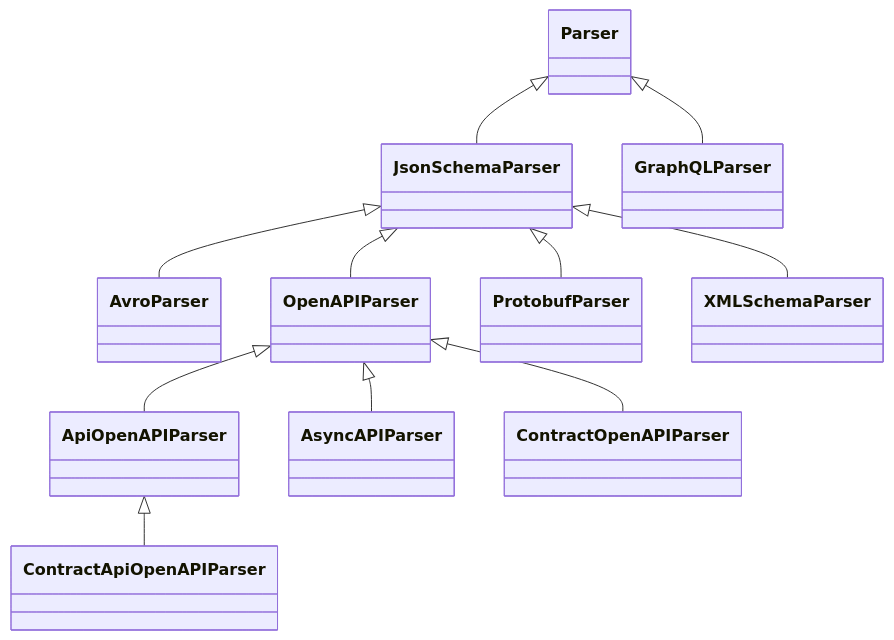
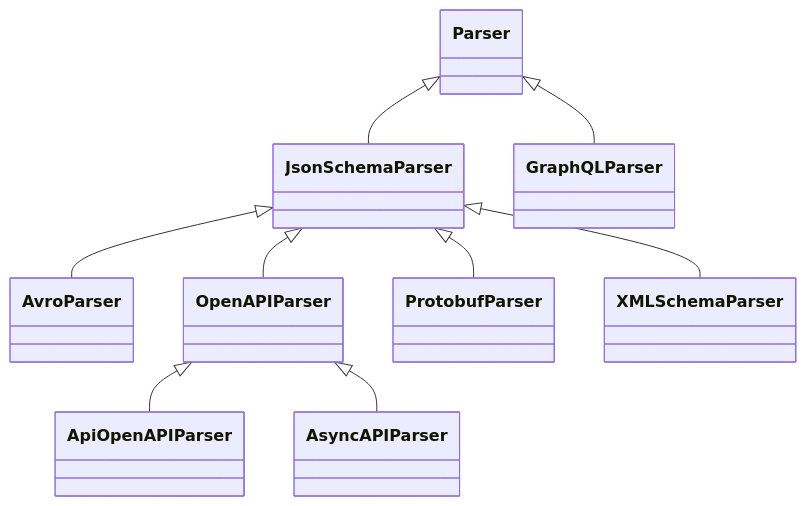
The third of 4 diagrams in docs/architecture.md (datamodel-code-generator/datamodel-code-generator), drawn with Mermaid before and after one commit. The commit also changed 107 other files, not shown here.

````diff
--- a/docs/architecture.md
+++ b/docs/architecture.md
@@ -114,13 +114,11 @@
 ```mermaid
 classDiagram
-    ApiOpenAPIParser <|-- ContractApiOpenAPIParser
     JsonSchemaParser <|-- AvroParser
     JsonSchemaParser <|-- OpenAPIParser
     JsonSchemaParser <|-- ProtobufParser
     JsonSchemaParser <|-- XMLSchemaParser
     OpenAPIParser <|-- ApiOpenAPIParser
     OpenAPIParser <|-- AsyncAPIParser
-    OpenAPIParser <|-- ContractOpenAPIParser
     Parser <|-- GraphQLParser
     Parser <|-- JsonSchemaParser
 ```
````
